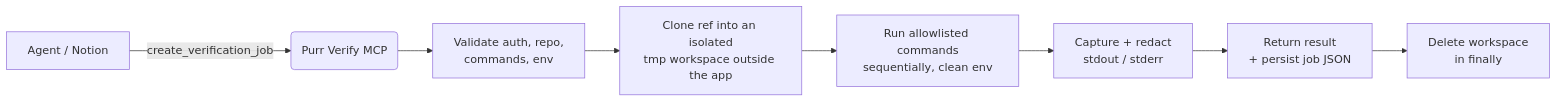
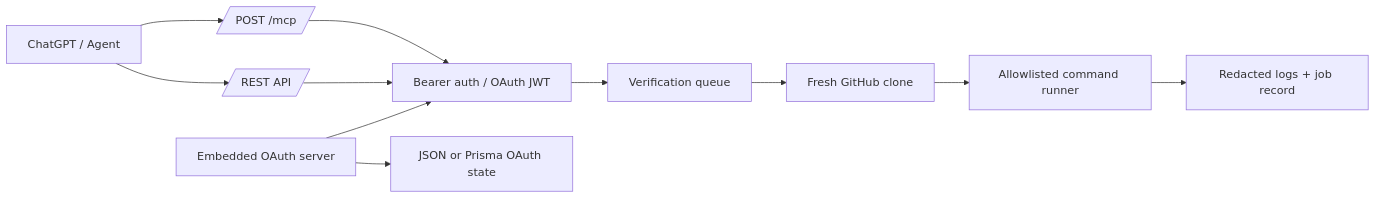
Before and after one commit to 0xheycat/Purr-Verify-MCP: the diagram in README.md, drawn with Mermaid. The commit also changed other lines of this file, not shown here.

Commit message:
docs: refresh README for production OAuth setup

````diff
--- a/README.md
+++ b/README.md
@@ -59,10 +78,13 @@
 ```mermaid
 flowchart LR
-  A[Agent / Notion] -->|create_verification_job| B(Purr Verify MCP)
-  B --> C[Validate auth, repo,<br/>commands, env]
-  C --> D[Clone ref into an isolated<br/>tmp workspace outside the app]
-  D --> E[Run allowlisted commands<br/>sequentially, clean env]
-  E --> F[Capture + redact<br/>stdout / stderr]
-  F --> G[Return result<br/>+ persist job JSON]
-  G --> H[Delete workspace<br/>in finally]
+  Client[ChatGPT / Agent] --> MCP[/POST /mcp/]
+  Client --> REST[/REST API/]
+  MCP --> Auth[Bearer auth / OAuth JWT]
+  REST --> Auth
+  Auth --> Queue[Verification queue]
+  Queue --> Clone[Fresh GitHub clone]
+  Clone --> Runner[Allowlisted command runner]
+  Runner --> Logs[Redacted logs + job record]
+  OAuth[Embedded OAuth server] --> Auth
+  OAuth --> State[JSON or Prisma OAuth state]
 ```
````
